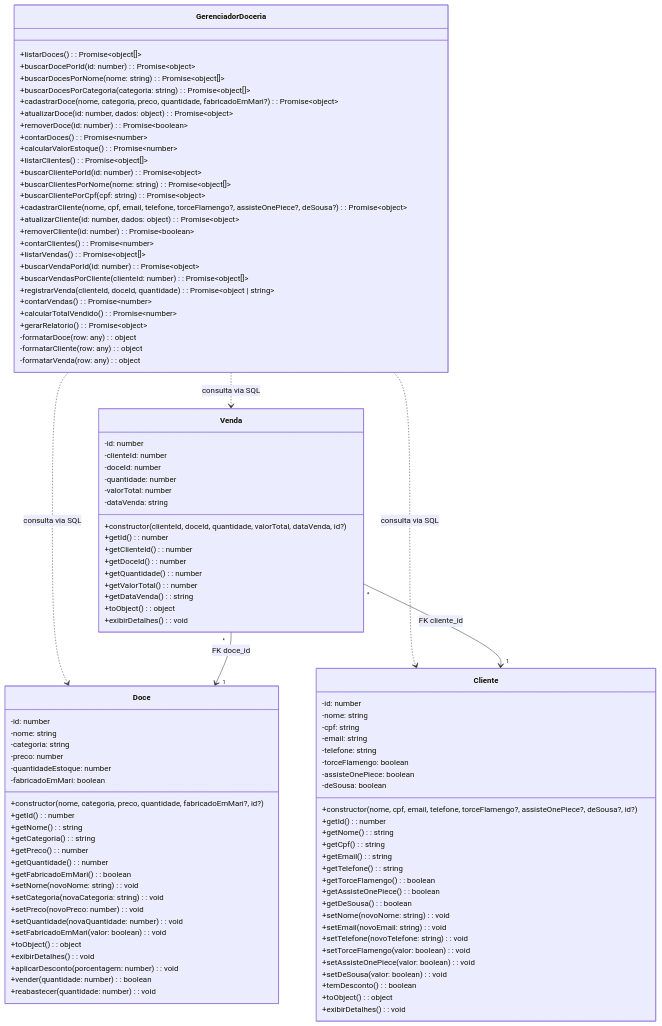
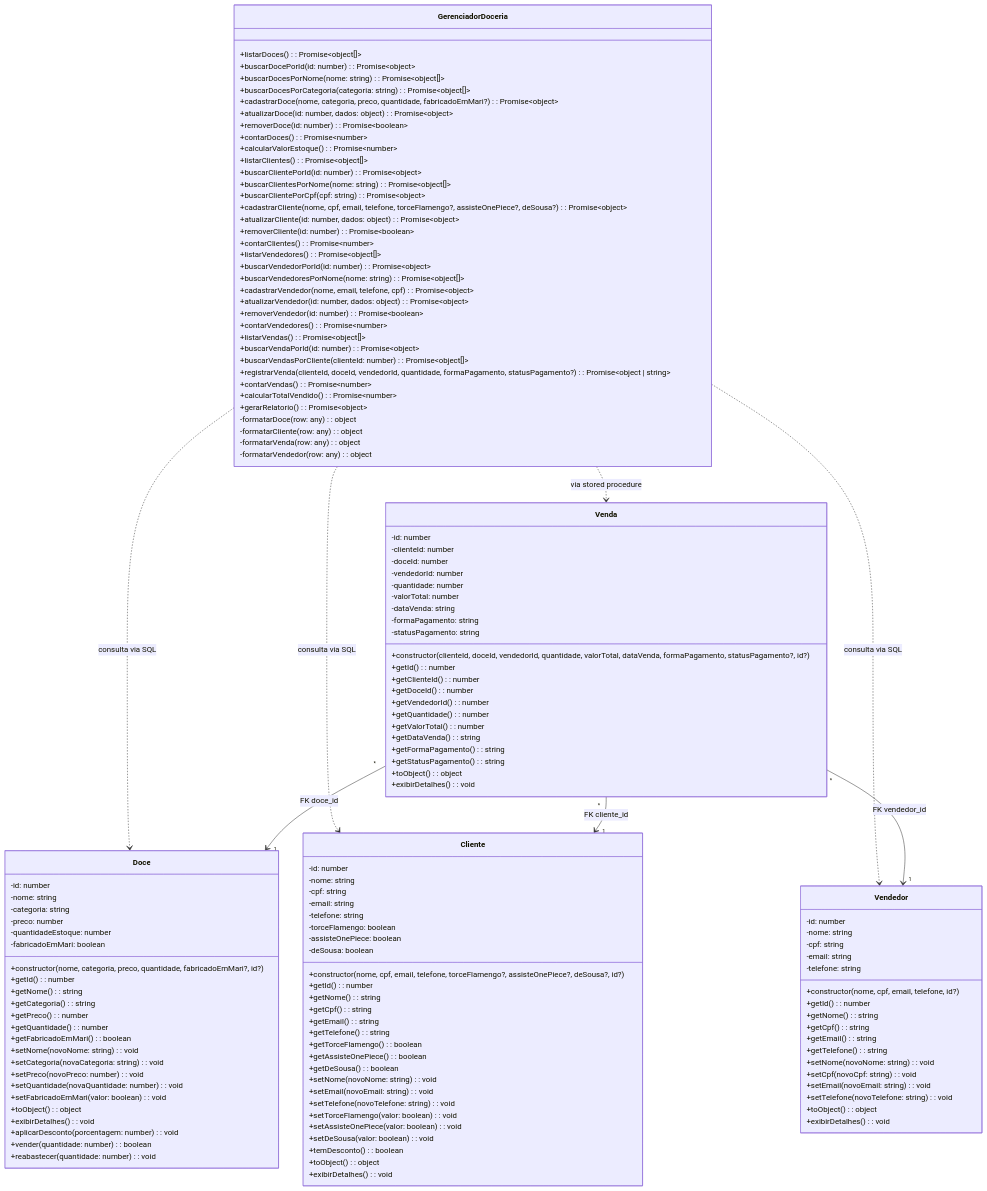
Before and after one commit to volo3906/Projeto_doceria_bd: the diagram in docs/public/DIAGRAMA-UML.md, drawn with Mermaid. The commit also changed other lines of this file and 6 other files, not shown here.

````diff
--- a/docs/public/DIAGRAMA-UML.md
+++ b/docs/public/DIAGRAMA-UML.md
@@ -64,20 +64,46 @@
     +exibirDetalhes(): void
 }
 
+class Vendedor {
+    -id: number
+    -nome: string
+    -cpf: string
+    -email: string
+    -telefone: string
+    +constructor(nome, cpf, email, telefone, id?)
+    +getId(): number
+    +getNome(): string
+    +getCpf(): string
+    +getEmail(): string
+    +getTelefone(): string
+    +setNome(novoNome: string): void
+    +setCpf(novoCpf: string): void
+    +setEmail(novoEmail: string): void
+    +setTelefone(novoTelefone: string): void
+    +toObject(): object
+    +exibirDetalhes(): void
+}
+
 class Venda {
     -id: number
     -clienteId: number
     -doceId: number
+    -vendedorId: number
     -quantidade: number
     -valorTotal: number
     -dataVenda: string
-    +constructor(clienteId, doceId, quantidade, valorTotal, dataVenda, id?)
+    -formaPagamento: string
+    -statusPagamento: string
+    +constructor(clienteId, doceId, vendedorId, quantidade, valorTotal, dataVenda, formaPagamento, statusPagamento?, id?)
     +getId(): number
     +getClienteId(): number
     +getDoceId(): number
+    +getVendedorId(): number
     +getQuantidade(): number
     +getValorTotal(): number
     +getDataVenda(): string
+    +getFormaPagamento(): string
+    +getStatusPagamento(): string
     +toObject(): object
     +exibirDetalhes(): void
 }
@@ -100,21 +126,31 @@
     +atualizarCliente(id: number, dados: object): Promise~object~
     +removerCliente(id: number): Promise~boolean~
     +contarClientes(): Promise~number~
+    +listarVendedores(): Promise~object[]~
+    +buscarVendedorPorId(id: number): Promise~object~
+    +buscarVendedoresPorNome(nome: string): Promise~object[]~
+    +cadastrarVendedor(nome, email, telefone, cpf): Promise~object~
+    +atualizarVendedor(id: number, dados: object): Promise~object~
+    +removerVendedor(id: number): Promise~boolean~
+    +contarVendedores(): Promise~number~
     +listarVendas(): Promise~object[]~
     +buscarVendaPorId(id: number): Promise~object~
     +buscarVendasPorCliente(clienteId: number): Promise~object[]~
-    +registrarVenda(clienteId, doceId, quantidade): Promise~object | string~
+    +registrarVenda(clienteId, doceId, vendedorId, quantidade, formaPagamento, statusPagamento?): Promise~object | string~
     +contarVendas(): Promise~number~
     +calcularTotalVendido(): Promise~number~
     +gerarRelatorio(): Promise~object~
     -formatarDoce(row: any): object
     -formatarCliente(row: any): object
     -formatarVenda(row: any): object
+    -formatarVendedor(row: any): object
 }
 
 GerenciadorDoceria ..> Doce : consulta via SQL
 GerenciadorDoceria ..> Cliente : consulta via SQL
-GerenciadorDoceria ..> Venda : consulta via SQL
+GerenciadorDoceria ..> Venda : via stored procedure
+GerenciadorDoceria ..> Vendedor : consulta via SQL
 Venda "*" --> "1" Cliente : FK cliente_id
 Venda "*" --> "1" Doce : FK doce_id
+Venda "*" --> "1" Vendedor : FK vendedor_id
 ```
````
